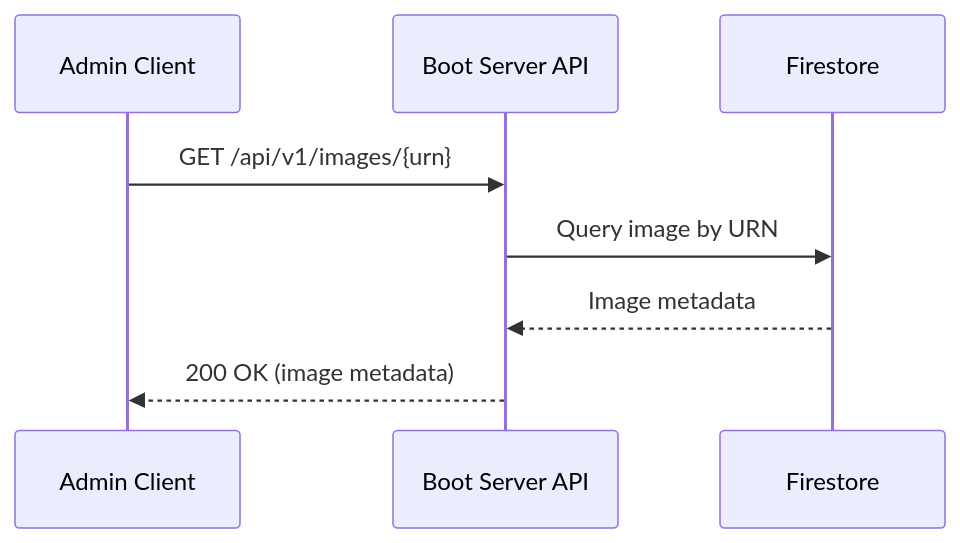
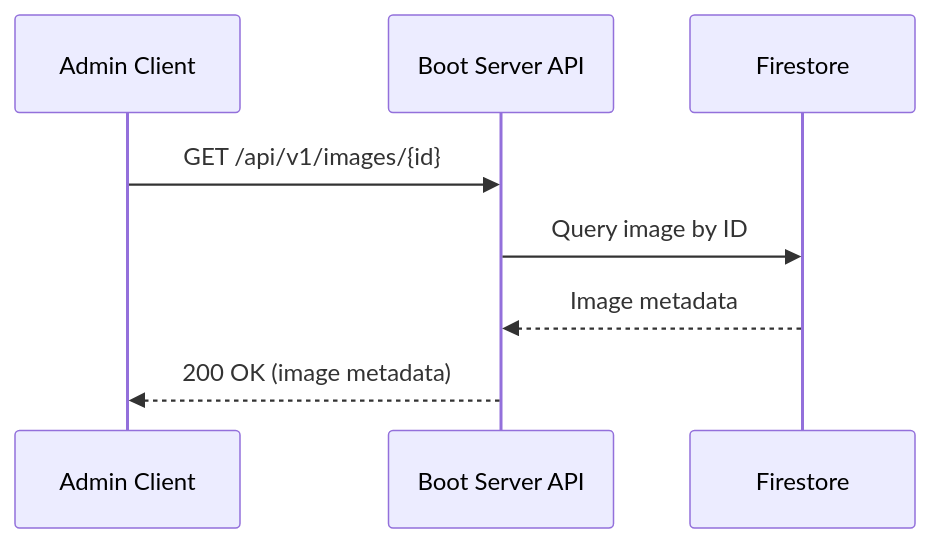
One commit to Zaba505/infra changed the third of 15 diagrams in docs/content/r&d/services/boot/admin-api.md. Above: the diagram before and after it, drawn with Mermaid. The commit also changed other lines of this file and 1 other file, not shown here.

Commit message:
docs(issue-605): update admin api based on resource id adr

````diff
--- a/docs/content/r&d/services/boot/admin-api.md
+++ b/docs/content/r&d/services/boot/admin-api.md
@@ -201,11 +201,11 @@
 ```mermaid
 sequenceDiagram
     participant Client as Admin Client
     participant API as Boot Server API
     participant DB as Firestore
     
-    Client->>API: GET /api/v1/images/{urn}
-    API->>DB: Query image by URN
+    Client->>API: GET /api/v1/images/{id}
+    API->>DB: Query image by ID
     DB-->>API: Image metadata
     API-->>Client: 200 OK (image metadata)
 ```
````
